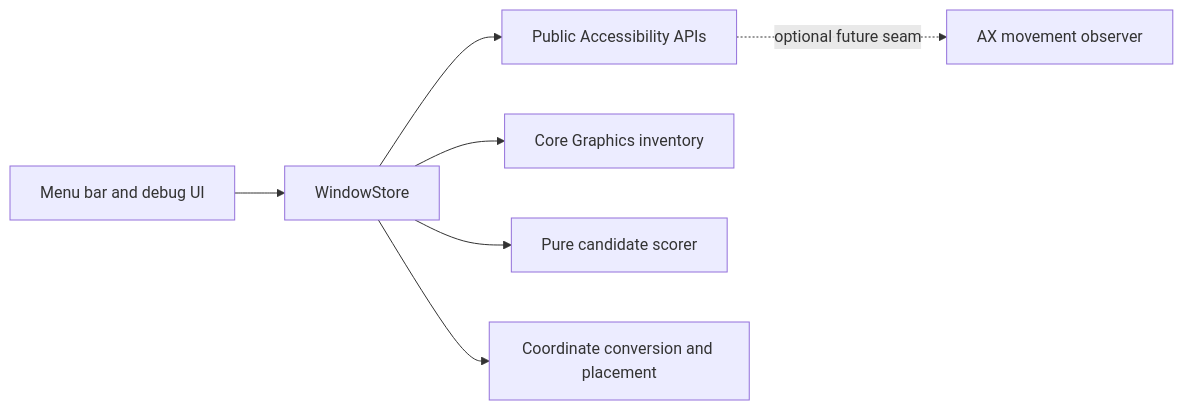
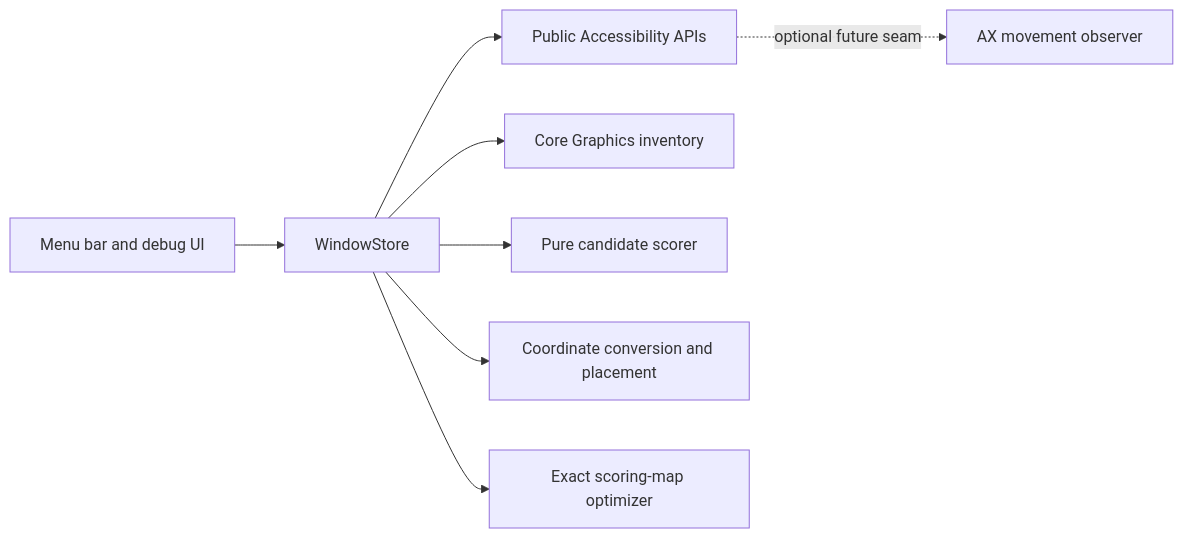
One commit to mlevin5/PiPTidy changed the diagram in docs/architecture.md. Above: the diagram before and after it, drawn with Mermaid. The commit also changed other lines of this file and 8 other files, not shown here.

````diff
--- a/docs/architecture.md
+++ b/docs/architecture.md
@@ -3,9 +3,10 @@
 ```mermaid
 flowchart LR
   UI[Menu bar and debug UI] --> Store[WindowStore]
   Store --> AX[Public Accessibility APIs]
   Store --> CG[Core Graphics inventory]
   Store --> Score[Pure candidate scorer]
   Store --> Geometry[Coordinate conversion and placement]
+  Store --> Map[Exact scoring-map optimizer]
   AX -. optional future seam .-> Observer[AX movement observer]
 ```
````
